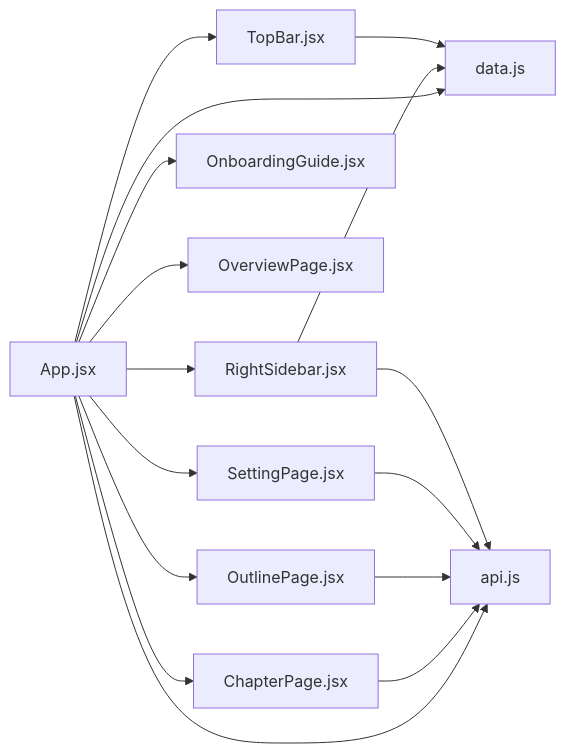
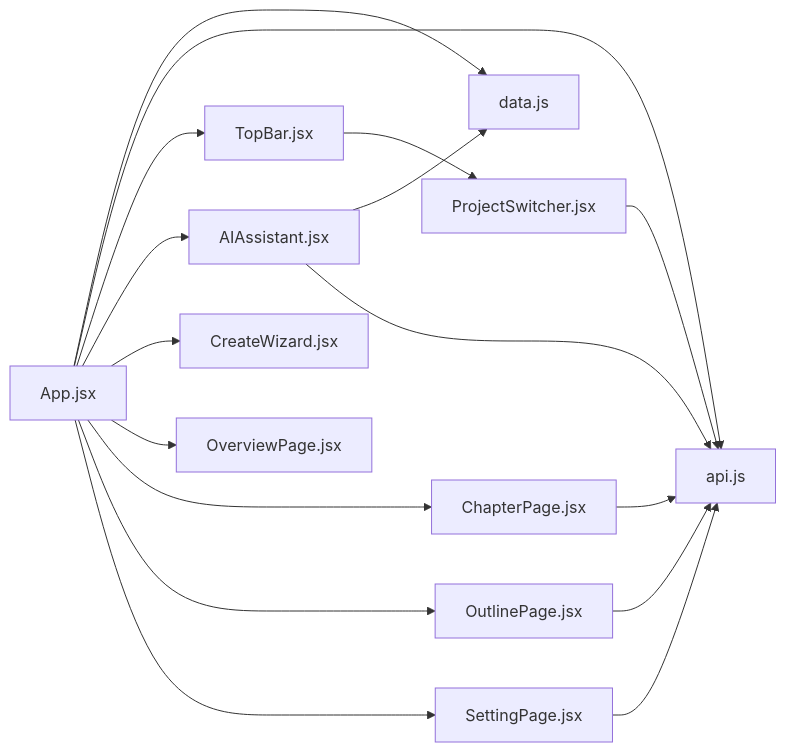
One commit to ssffpt/webnovel-writer changed the third of 3 diagrams in .qoder/repowiki/zh/content/写作工作台/前端界面设计.md. Above: the diagram before and after it, drawn with Mermaid. The commit also changed other lines of this file and 13 other files, not shown here.

````diff
--- a/.qoder/repowiki/zh/content/写作工作台/前端界面设计.md
+++ b/.qoder/repowiki/zh/content/写作工作台/前端界面设计.md
@@ -271,18 +297,19 @@
 ```mermaid
 graph LR
 APP["App.jsx"] --> DATA["data.js"]
 APP --> API["api.js"]
 APP --> TOP["TopBar.jsx"]
-APP --> SID["RightSidebar.jsx"]
-APP --> OPG["OnboardingGuide.jsx"]
+APP --> AI["AIAssistant.jsx"]
+APP --> WIZ["CreateWizard.jsx"]
 APP --> P1["OverviewPage.jsx"]
 APP --> P2["ChapterPage.jsx"]
 APP --> P3["OutlinePage.jsx"]
 APP --> P4["SettingPage.jsx"]
+TOP --> PSW["ProjectSwitcher.jsx"]
 P2 --> API
 P3 --> API
 P4 --> API
-SID --> DATA
-SID --> API
-TOP --> DATA
+AI --> DATA
+AI --> API
+PSW --> API
 ```
````
